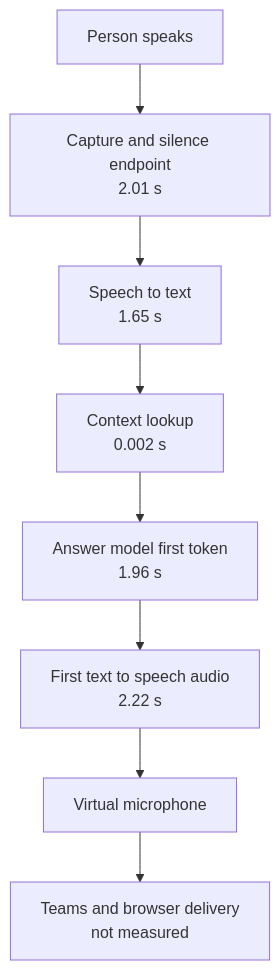
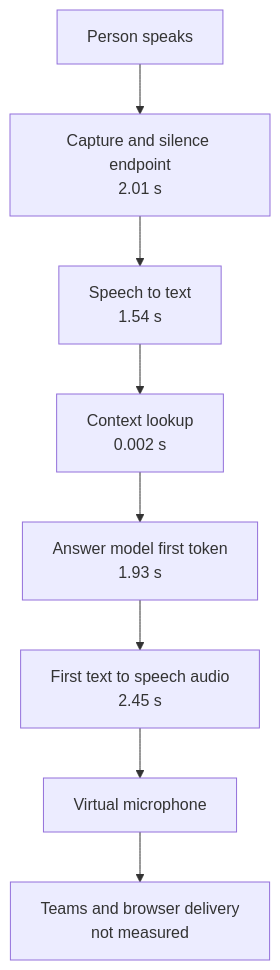
One commit to abstract-business-systems/virtual-worker changed the first of 2 diagrams in docs/latency-findings.md. Above: the diagram before and after it, drawn with Mermaid. The commit also changed other lines of this file and 4 other files, not shown here.

````diff
--- a/docs/latency-findings.md
+++ b/docs/latency-findings.md
@@ -13,10 +66,10 @@
 ```mermaid
 flowchart TB
     A[Person speaks] --> B[Capture and silence endpoint<br/>2.01 s]
-    B --> C[Speech to text<br/>1.65 s]
+    B --> C[Speech to text<br/>1.54 s]
     C --> D[Context lookup<br/>0.002 s]
-    D --> E[Answer model first token<br/>1.96 s]
-    E --> F[First text to speech audio<br/>2.22 s]
+    D --> E[Answer model first token<br/>1.93 s]
+    E --> F[First text to speech audio<br/>2.45 s]
     F --> G[Virtual microphone]
     G --> H[Teams and browser delivery<br/>not measured]
 ```
````
